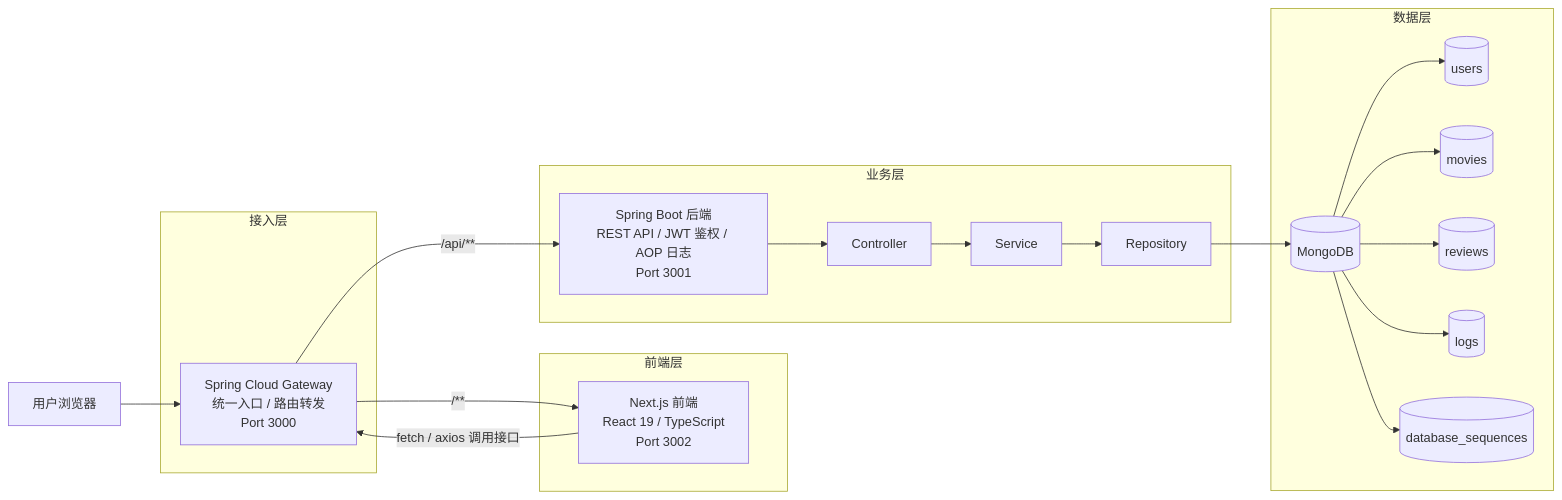
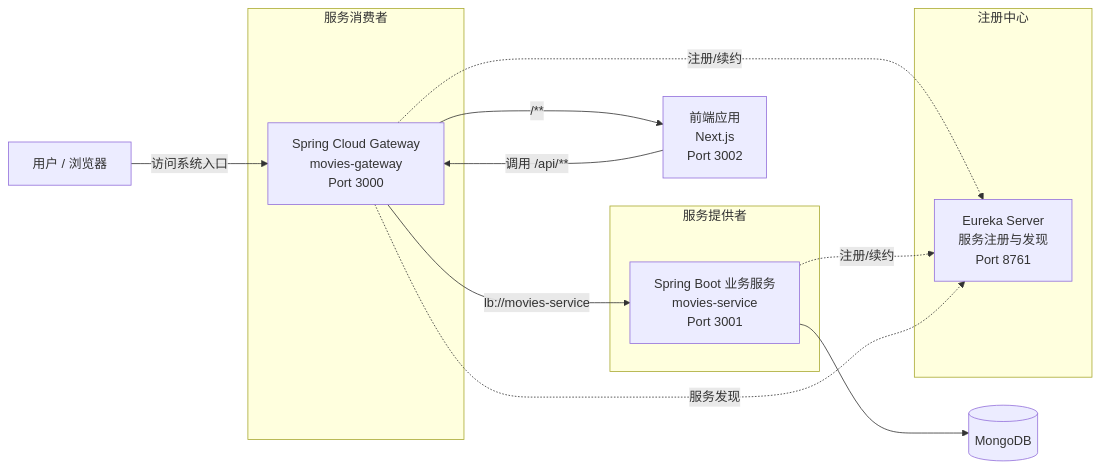
One commit to 0xWeakSheep/JAVA_microservices changed the first of 2 diagrams in docs/project-architecture.md. Above: the diagram before and after it, drawn with Mermaid. The commit also changed other lines of this file and 10 other files, not shown here.

Commit message:
Add Eureka-based microservice architecture setup

````diff
--- a/docs/project-architecture.md
+++ b/docs/project-architecture.md
@@ -3,41 +5,29 @@
 ```mermaid
 flowchart LR
-    U[用户浏览器]
+    U[用户 / 浏览器]
+    FE[前端应用<br/>Next.js<br/>Port 3002]
 
-    subgraph Client[前端层]
-        F[Next.js 前端<br/>React 19 / TypeScript<br/>Port 3002]
+    subgraph Registry[注册中心]
+        ES[Eureka Server<br/>服务注册与发现<br/>Port 8761]
     end
 
-    subgraph Gateway[接入层]
-        G[Spring Cloud Gateway<br/>统一入口 / 路由转发<br/>Port 3000]
+    subgraph Consumer[服务消费者]
+        GW[Spring Cloud Gateway<br/>movies-gateway<br/>Port 3000]
     end
 
-    subgraph Backend[业务层]
-        B[Spring Boot 后端<br/>REST API / JWT 鉴权 / AOP 日志<br/>Port 3001]
-        C1[Controller]
-        C2[Service]
-        C3[Repository]
+    subgraph Provider[服务提供者]
+        MS[Spring Boot 业务服务<br/>movies-service<br/>Port 3001]
     end
 
-    subgraph Data[数据层]
-        M[(MongoDB)]
-        M1[(users)]
-        M2[(movies)]
-        M3[(reviews)]
-        M4[(logs)]
-        M5[(database_sequences)]
-    end
+    DB[(MongoDB)]
 
-    U --> G
-    G -->|/**| F
-    G -->|/api/**| B
+    U -->|访问系统入口| GW
+    GW -->|/**| FE
+    FE -->|调用 /api/**| GW
+    GW -->|lb://movies-service| MS
+    MS --> DB
 
-    F -->|fetch / axios 调用接口| G
-
-    B --> C1 --> C2 --> C3 --> M
-    M --> M1
-    M --> M2
-    M --> M3
-    M --> M4
-    M --> M5
+    GW -.注册/续约.-> ES
+    MS -.注册/续约.-> ES
+    GW -.服务发现.-> ES
 ```
````
